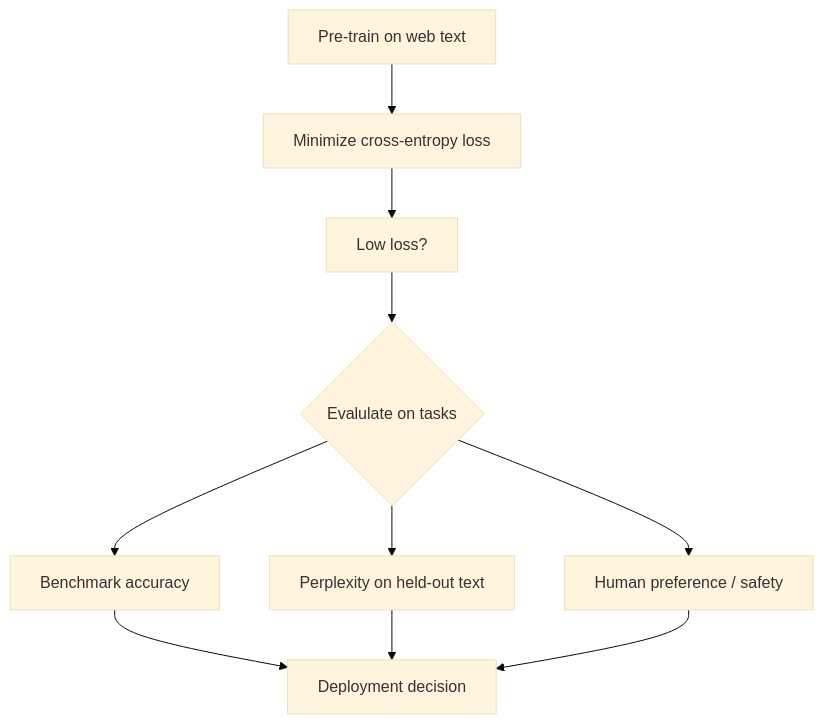
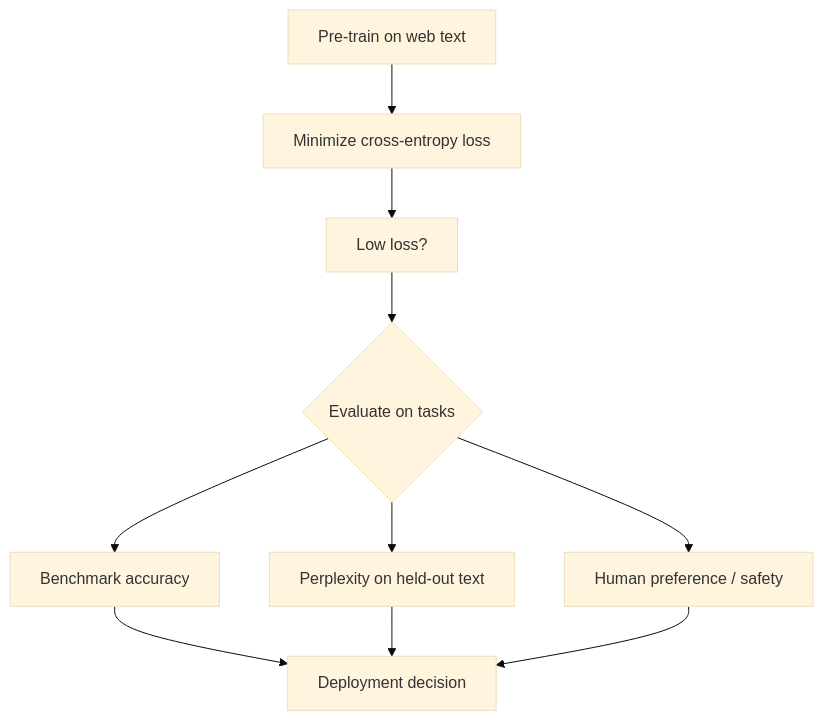
One commit to sourangshupal/diy-llm-course changed the second of 5 diagrams in course-site/content/week12/lecture.md. Above: the diagram before and after it, drawn with Mermaid (base theme). The commit also changed other lines of this file and 45 other files, not shown here.

````diff
--- a/course-site/content/week12/lecture.md
+++ b/course-site/content/week12/lecture.md
@@ -90,10 +90,10 @@
 ```mermaid
 flowchart TD
     A[Pre-train on web text] --> B[Minimize cross-entropy loss]
     B --> C[Low loss?]
-    C --> D{Evalulate on tasks}
+    C --> D{Evaluate on tasks}
     D --> E[Benchmark accuracy]
     D --> F[Perplexity on held-out text]
     D --> G[Human preference / safety]
     E & F & G --> H[Deployment decision]
 ```
````
